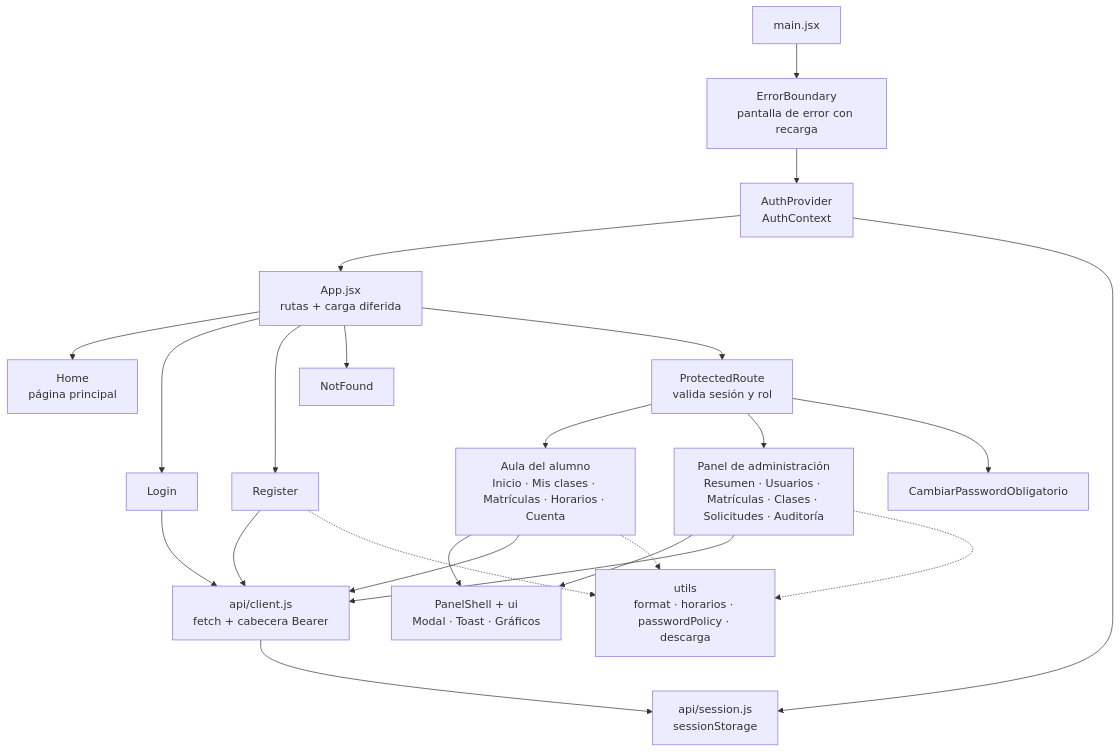
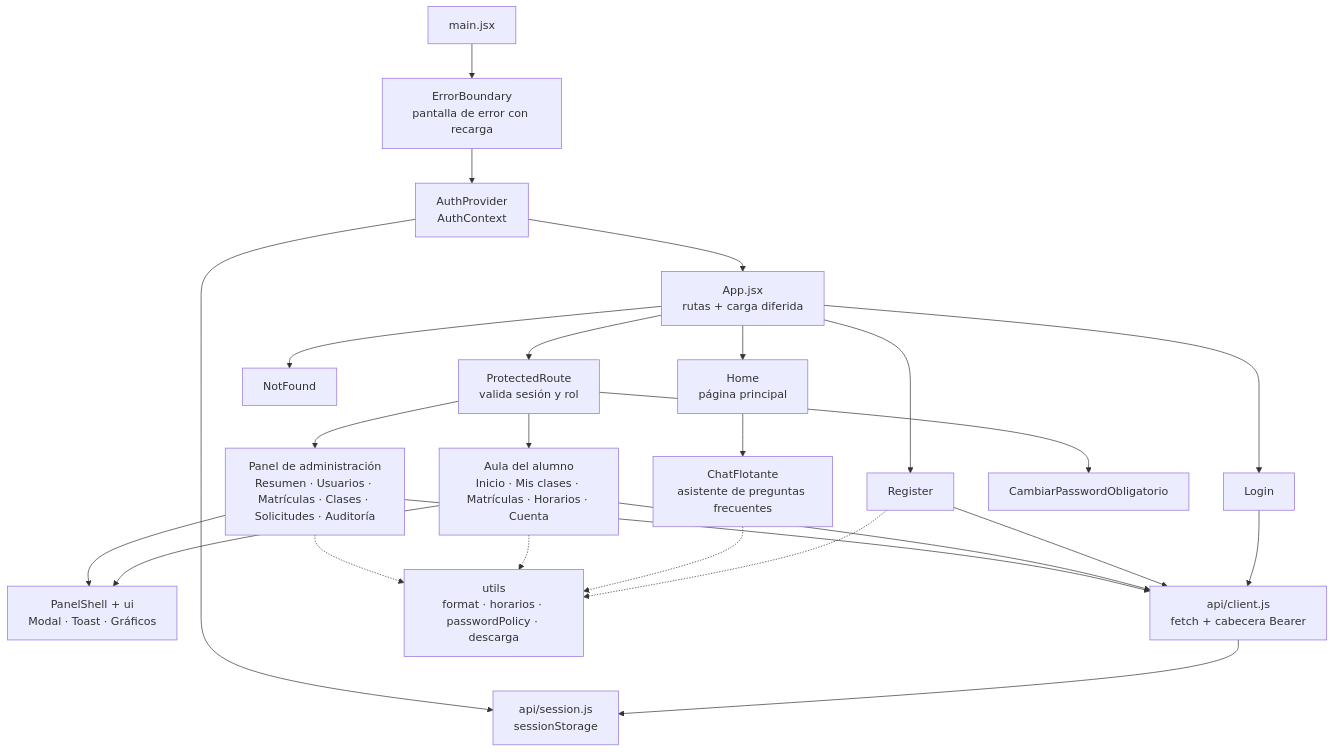
One commit to BryanDiaz23/matematica-sin-estres2 changed the third of 5 diagrams in docs/07-arquitectura-componentes-despliegue.md. Above: the diagram before and after it, drawn with Mermaid. The commit also changed 188 other files, not shown here.

Commit message:
Agrega asistente de preguntas frecuentes (chat) y sus pruebas

````diff
--- a/docs/07-arquitectura-componentes-despliegue.md
+++ b/docs/07-arquitectura-componentes-despliegue.md
@@ -126,31 +126,33 @@
 ```mermaid
 flowchart TB
     MAIN["main.jsx"] --> EB["ErrorBoundary<br/>pantalla de error con recarga"]
     EB --> AP["AuthProvider<br/>AuthContext"]
     AP --> APP["App.jsx<br/>rutas + carga diferida"]
 
     APP --> HOME["Home<br/>página principal"]
+    HOME --> CHAT["ChatFlotante<br/>asistente de preguntas frecuentes"]
     APP --> LOGIN["Login"]
     APP --> REG["Register"]
     APP --> NF["NotFound"]
     APP --> PR["ProtectedRoute<br/>valida sesión y rol"]
 
     PR --> AULA["Aula del alumno<br/>Inicio · Mis clases · Matrículas · Horarios · Cuenta"]
     PR --> ADMIN["Panel de administración<br/>Resumen · Usuarios · Matrículas · Clases · Solicitudes · Auditoría"]
     PR --> CPO["CambiarPasswordObligatorio"]
 
     AULA --> SHELL["PanelShell + ui<br/>Modal · Toast · Gráficos"]
     ADMIN --> SHELL
 
     LOGIN --> CLIENT["api/client.js<br/>fetch + cabecera Bearer"]
     REG --> CLIENT
     AULA --> CLIENT
     ADMIN --> CLIENT
     CLIENT --> SES["api/session.js<br/>sessionStorage"]
     AP --> SES
 
     UTIL["utils<br/>format · horarios · passwordPolicy · descarga"]
     REG -.-> UTIL
+    CHAT -.-> UTIL
     AULA -.-> UTIL
     ADMIN -.-> UTIL
 ```
````
